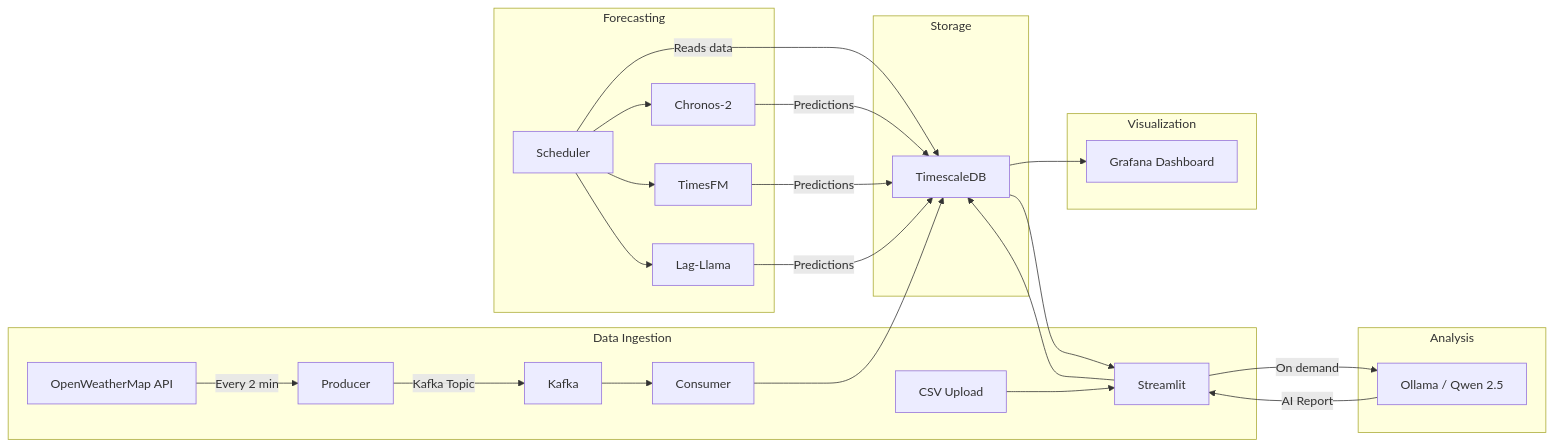
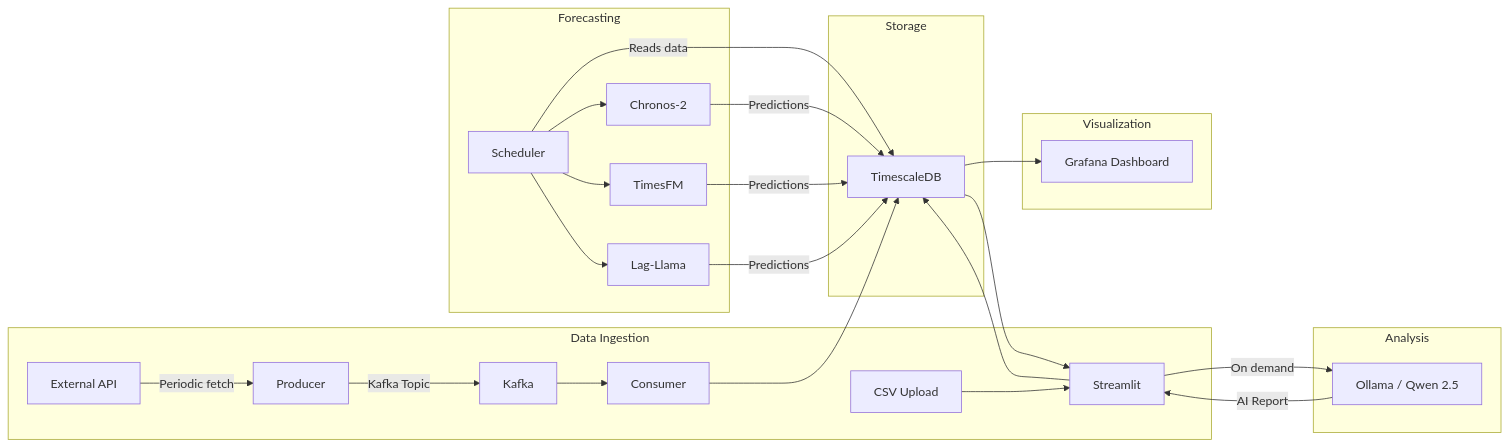
The diagram in README.md (KonstantinosPls/Time-Series-Forecasting-Platform), drawn with Mermaid before and after one commit. The commit also changed other lines of this file, not shown here.

````diff
--- a/README.md
+++ b/README.md
@@ -93,34 +96,34 @@
 ```mermaid
 graph LR
     subgraph Data Ingestion
-        API[OpenWeatherMap API] -->|Every 2 min| Producer
+        API[External API] -->|Periodic fetch| Producer
         Producer -->|Kafka Topic| Kafka
         Kafka --> Consumer
         CSV[CSV Upload] --> Streamlit
     end
 
     subgraph Storage
         Consumer --> TimescaleDB
         Streamlit --> TimescaleDB
     end
 
     subgraph Forecasting
         Scheduler -->|Reads data| TimescaleDB
         Scheduler --> Chronos-2
         Scheduler --> TimesFM
         Scheduler --> Lag-Llama
         Chronos-2 -->|Predictions| TimescaleDB
         TimesFM -->|Predictions| TimescaleDB
         Lag-Llama -->|Predictions| TimescaleDB
     end
 
     subgraph Analysis
         Streamlit -->|On demand| Ollama[Ollama / Qwen 2.5]
         Ollama -->|AI Report| Streamlit
     end
 
     subgraph Visualization
         TimescaleDB --> Grafana[Grafana Dashboard]
         TimescaleDB --> Streamlit
     end
 ```
````
